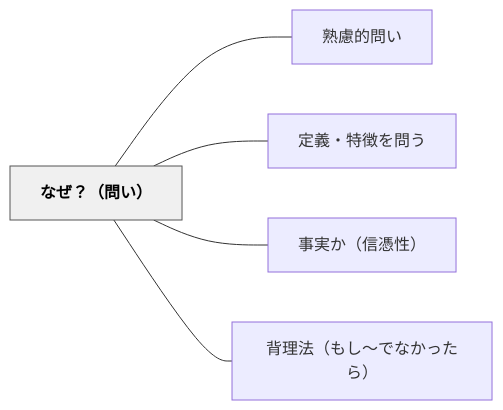
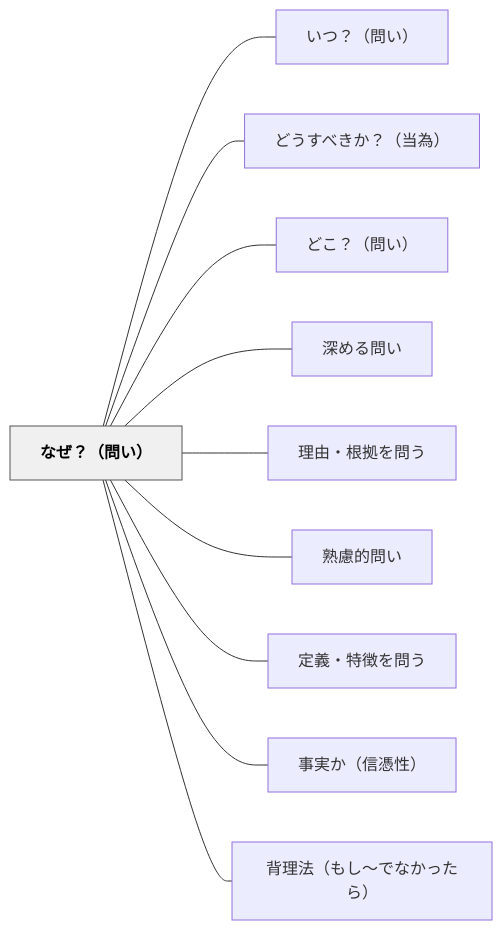
One commit to unknownthings-ed-patterns/unknownthings-ed-patterns changed the diagram in content/パタン/なぜ？（問い）.md. Above: the diagram before and after it, drawn with Mermaid. The commit also changed other lines of this file and 473 other files, not shown here.

````diff
--- a/content/パタン/なぜ？（問い）.md
+++ b/content/パタン/なぜ？（問い）.md
@@ -41,16 +46,26 @@
 ```mermaid
 flowchart LR
     ne381aae3819c["なぜ？（問い）"]
+    ne38184e381a4["いつ？（問い）"]
+    ne381a9e38186["どうすべきか？（当為）"]
+    ne381a9e38193["どこ？（問い）"]
+    ne6b7b1e38281["深める問い"]
+    ne79086e794b1["理由・根拠を問う"]
     ne7869fe685ae["熟慮的問い"]
     ne5ae9ae7bea9["定義・特徴を問う"]
     ne4ba8be5ae9f["事実か（信憑性）"]
     ne8838ce79086["背理法（もし〜でなかったら）"]
 
+    ne381aae3819c --- ne38184e381a4
+    ne381aae3819c --- ne381a9e38186
+    ne381aae3819c --- ne381a9e38193
+    ne381aae3819c --- ne6b7b1e38281
+    ne381aae3819c --- ne79086e794b1
     ne381aae3819c --- ne7869fe685ae
     ne381aae3819c --- ne5ae9ae7bea9
     ne381aae3819c --- ne4ba8be5ae9f
     ne381aae3819c --- ne8838ce79086
 
     classDef hub fill:#f0f0f0,stroke:#555,color:#000,font-weight:bold
     class ne381aae3819c hub
 ```
````
